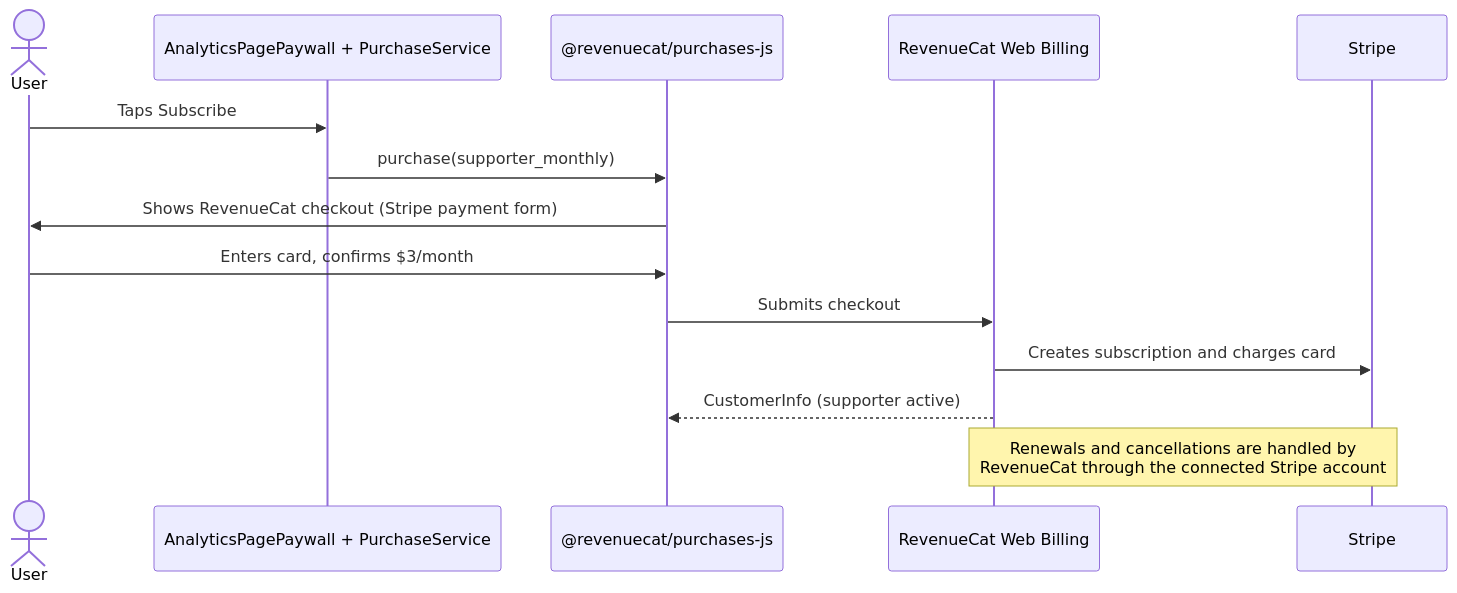
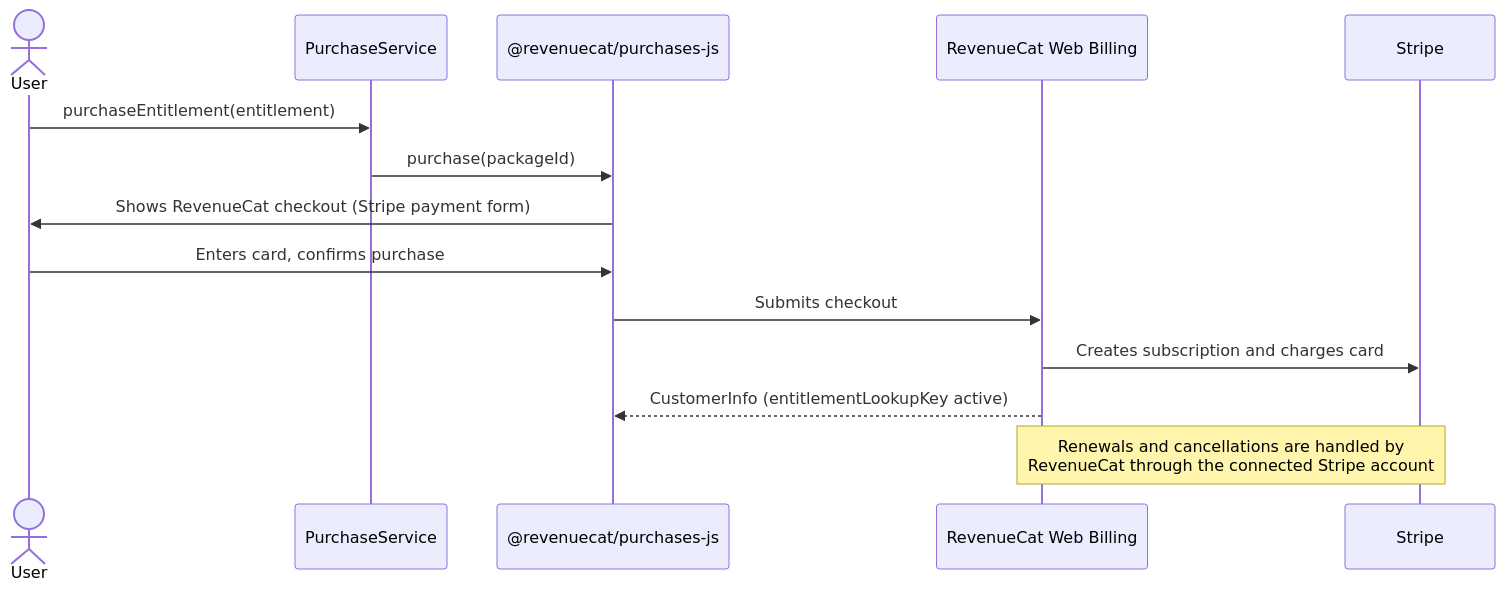
Before and after one commit to aneuhold/workout: the second of 3 diagrams in docs/payments-info.md, drawn with Mermaid. The commit also changed other lines of this file, not shown here.

Commit message:
Update diagram

````diff
--- a/docs/payments-info.md
+++ b/docs/payments-info.md
@@ -28,17 +28,17 @@
 ```mermaid
 sequenceDiagram
   actor User
-  participant App as AnalyticsPagePaywall + PurchaseService
+  participant App as PurchaseService
   participant SDK as @revenuecat/purchases-js
   participant RC as RevenueCat Web Billing
   participant Stripe
 
-  User->>App: Taps Subscribe
-  App->>SDK: purchase(supporter_monthly)
+  User->>App: purchaseEntitlement(entitlement)
+  App->>SDK: purchase(packageId)
   SDK->>User: Shows RevenueCat checkout (Stripe payment form)
-  User->>SDK: Enters card, confirms $3/month
+  User->>SDK: Enters card, confirms purchase
   SDK->>RC: Submits checkout
   RC->>Stripe: Creates subscription and charges card
-  RC-->>SDK: CustomerInfo (supporter active)
+  RC-->>SDK: CustomerInfo (entitlementLookupKey active)
   Note over RC,Stripe: Renewals and cancellations are handled by<br/>RevenueCat through the connected Stripe account
 ```
````
